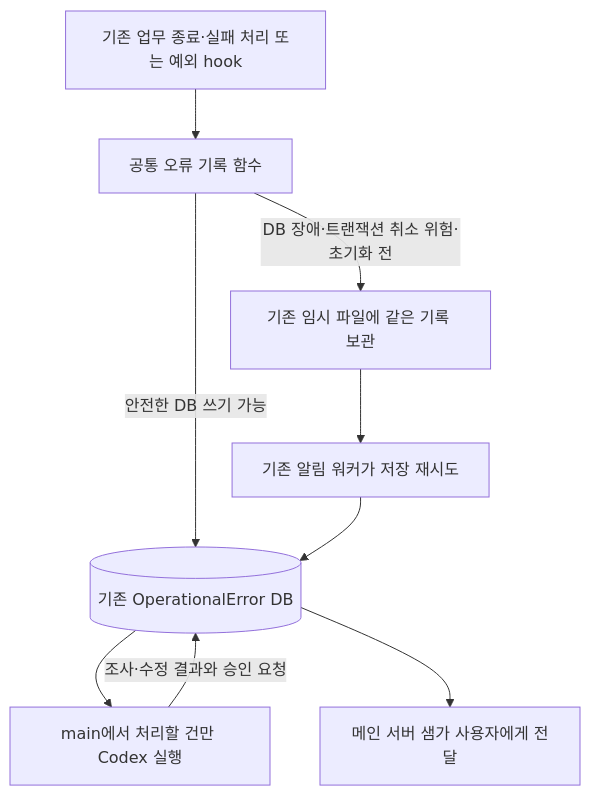
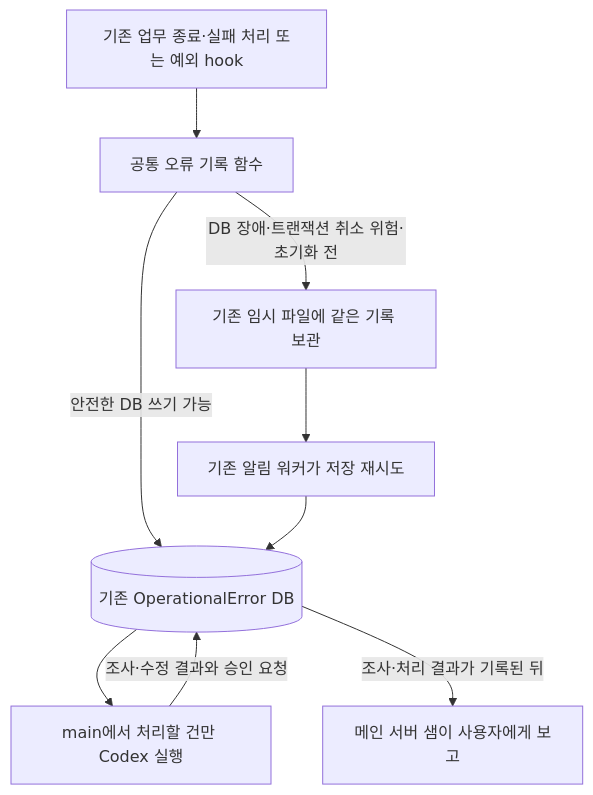
One commit to chaconne67/controlroom changed the diagram in exdigm/docs/operational-error-triage-repair-policy-20260918.md. Above: the diagram before and after it, drawn with Mermaid. The commit also changed other lines of this file and 3 other files, not shown here.

````diff
--- a/exdigm/docs/operational-error-triage-repair-policy-20260918.md
+++ b/exdigm/docs/operational-error-triage-repair-policy-20260918.md
@@ -32,11 +34,11 @@
 ```mermaid
 flowchart TD
     A[기존 업무 종료·실패 처리 또는 예외 hook] --> B[공통 오류 기록 함수]
     B -->|안전한 DB 쓰기 가능| D[(기존 OperationalError DB)]
     B -->|DB 장애·트랜잭션 취소 위험·초기화 전| C[기존 임시 파일에 같은 기록 보관]
     C --> E[기존 알림 워커가 저장 재시도]
     E --> D
     D --> F[main에서 처리할 건만 Codex 실행]
     F -->|조사·수정 결과와 승인 요청| D
-    D --> G[메인 서버 샘가 사용자에게 전달]
+    D -->|조사·처리 결과가 기록된 뒤| G[메인 서버 샘이 사용자에게 보고]
 ```
````
